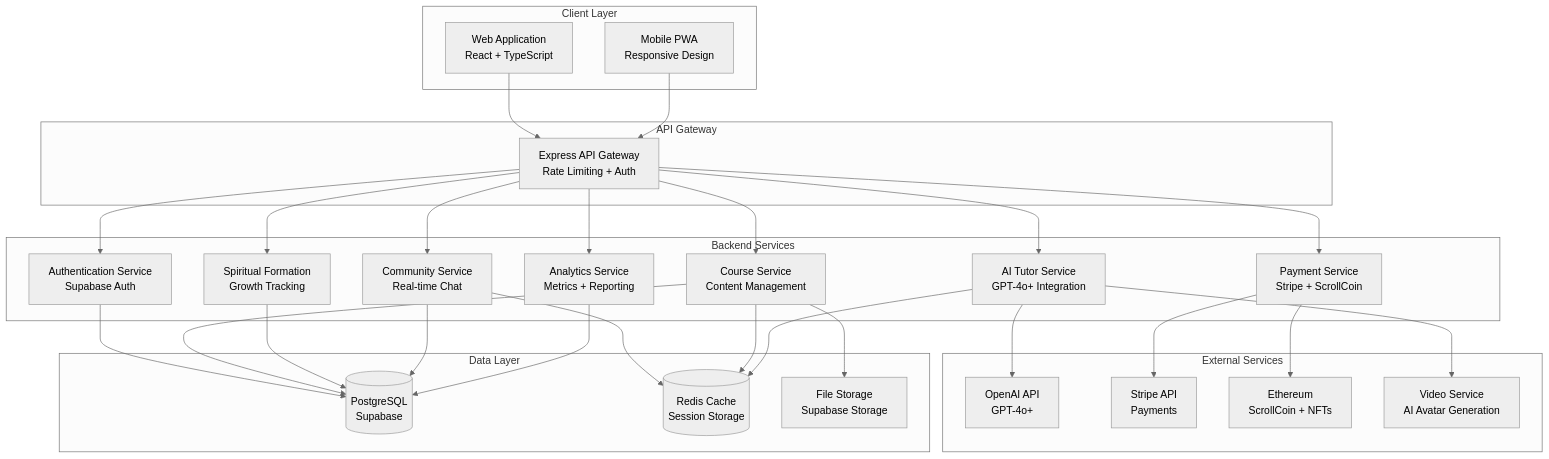
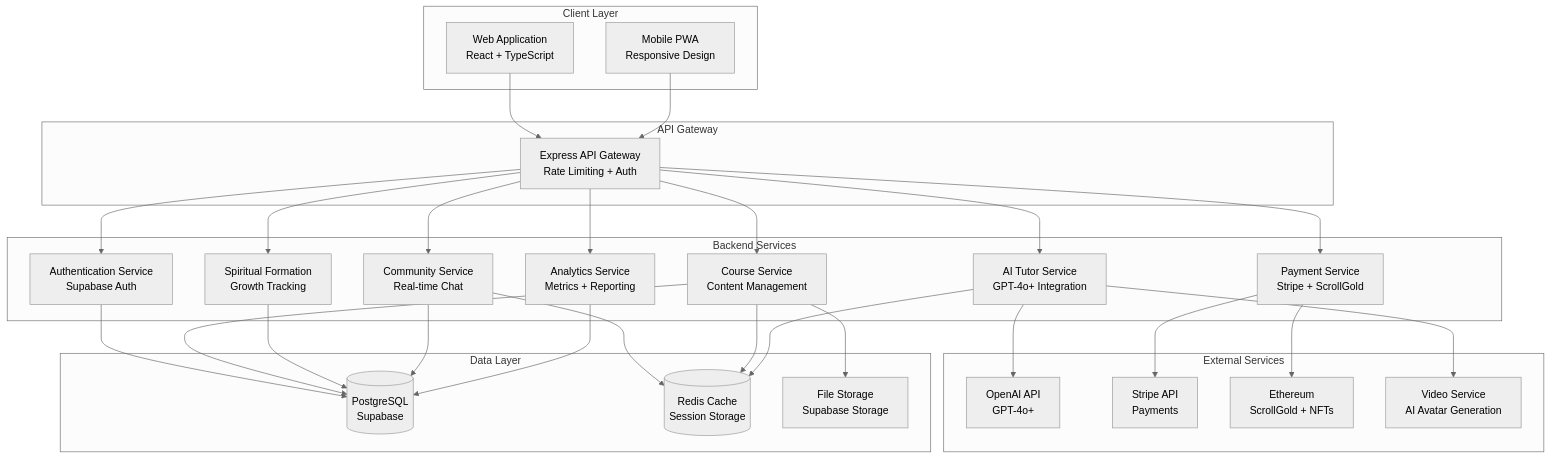
The first of 2 diagrams in .kiro/specs/complete-production-system/design.md (stanleymay20/zion-scroll-forge), drawn with Mermaid (neutral theme) before and after one commit. The commit also changed other lines of this file and 1853 other files, not shown here.

````diff
--- a/.kiro/specs/complete-production-system/design.md
+++ b/.kiro/specs/complete-production-system/design.md
@@ -18,60 +18,60 @@
 ```mermaid
 graph TB
     subgraph "Client Layer"
         WEB[Web Application<br/>React + TypeScript]
         MOBILE[Mobile PWA<br/>Responsive Design]
     end
     
     subgraph "API Gateway"
         GATEWAY[Express API Gateway<br/>Rate Limiting + Auth]
     end
     
     subgraph "Backend Services"
         AUTH[Authentication Service<br/>Supabase Auth]
         COURSE[Course Service<br/>Content Management]
         AI[AI Tutor Service<br/>GPT-4o+ Integration]
-        PAYMENT[Payment Service<br/>Stripe + ScrollCoin]
+        PAYMENT[Payment Service<br/>Stripe + ScrollGold]
         SPIRITUAL[Spiritual Formation<br/>Growth Tracking]
         COMMUNITY[Community Service<br/>Real-time Chat]
         ANALYTICS[Analytics Service<br/>Metrics + Reporting]
     end
     
     subgraph "Data Layer"
         POSTGRES[(PostgreSQL<br/>Supabase)]
         REDIS[(Redis Cache<br/>Session Storage)]
         STORAGE[File Storage<br/>Supabase Storage]
     end
     
     subgraph "External Services"
         OPENAI[OpenAI API<br/>GPT-4o+]
         STRIPE[Stripe API<br/>Payments]
-        BLOCKCHAIN[Ethereum<br/>ScrollCoin + NFTs]
+        BLOCKCHAIN[Ethereum<br/>ScrollGold + NFTs]
         VIDEO[Video Service<br/>AI Avatar Generation]
     end
     
     WEB --> GATEWAY
     MOBILE --> GATEWAY
     
     GATEWAY --> AUTH
     GATEWAY --> COURSE
     GATEWAY --> AI
     GATEWAY --> PAYMENT
     GATEWAY --> SPIRITUAL
     GATEWAY --> COMMUNITY
     GATEWAY --> ANALYTICS
     
     AUTH --> POSTGRES
     COURSE --> POSTGRES
     COURSE --> STORAGE
     AI --> OPENAI
     AI --> VIDEO
     PAYMENT --> STRIPE
     PAYMENT --> BLOCKCHAIN
     SPIRITUAL --> POSTGRES
     COMMUNITY --> POSTGRES
     COMMUNITY --> REDIS
     ANALYTICS --> POSTGRES
     
     COURSE --> REDIS
     AI --> REDIS
 ```
````
